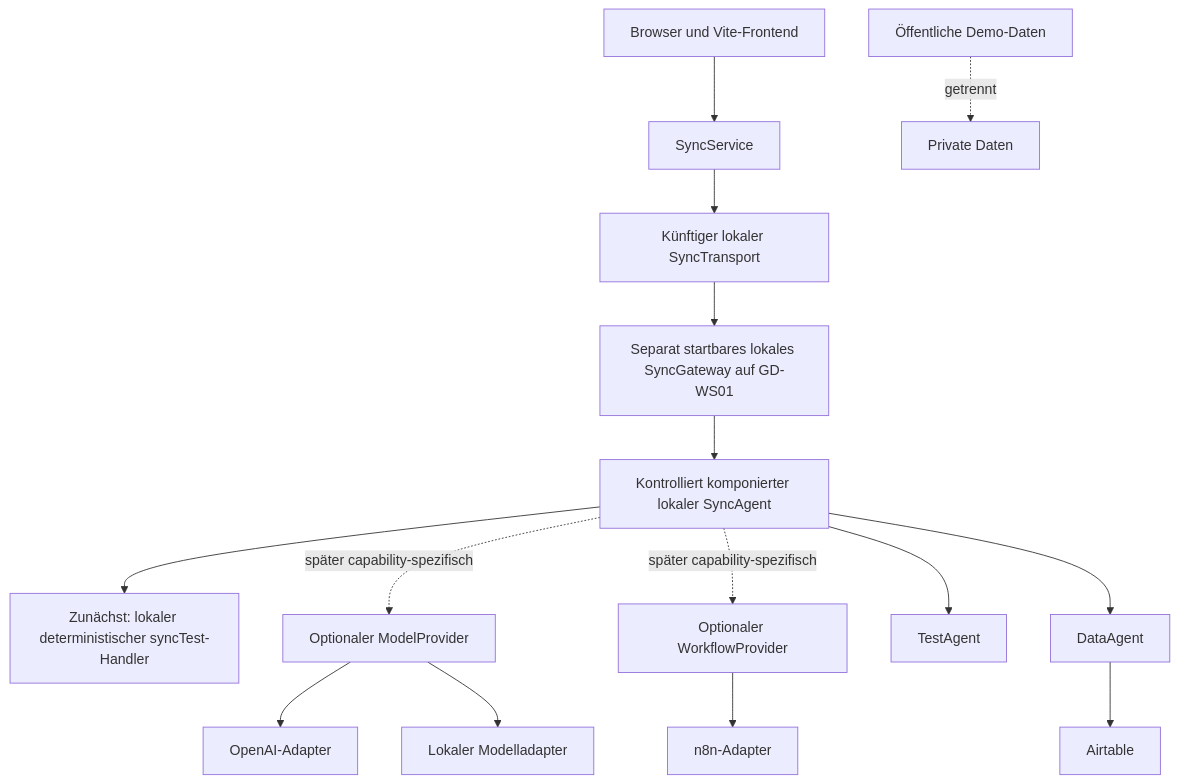
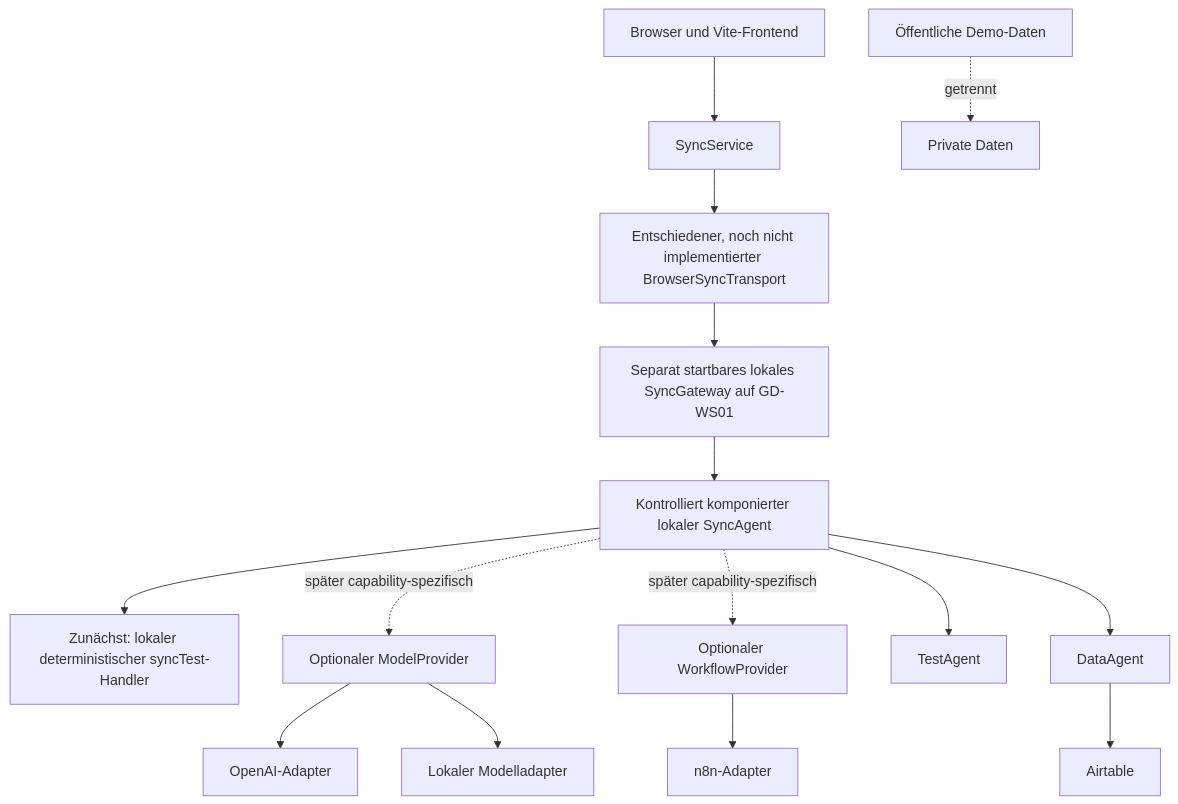
The diagram in docs/security.md (Varudan/goldendawn-os), drawn with Mermaid before and after one commit. The commit also changed other lines of this file and 8 other files, not shown here.

Commit message:
docs: adr-0026-browser-sync-transport-contract (#57)

````diff
--- a/docs/security.md
+++ b/docs/security.md
@@ -61,18 +61,18 @@
 ```mermaid
 flowchart TD
     Browser["Browser und Vite-Frontend"] --> Service["SyncService"]
-    Service --> Transport["Künftiger lokaler SyncTransport"]
+    Service --> Transport["Entschiedener, noch nicht implementierter BrowserSyncTransport"]
     Transport --> Gateway["Separat startbares lokales SyncGateway auf GD-WS01"]
     Gateway --> Sync["Kontrolliert komponierter lokaler SyncAgent"]
     Sync --> LocalHandler["Zunächst: lokaler deterministischer syncTest-Handler"]
     Sync -.->|später capability-spezifisch| ModelProvider["Optionaler ModelProvider"]
     ModelProvider --> OpenAI["OpenAI-Adapter"]
     ModelProvider --> LocalModel["Lokaler Modelladapter"]
     Sync -.->|später capability-spezifisch| WorkflowProvider["Optionaler WorkflowProvider"]
     WorkflowProvider --> N8n["n8n-Adapter"]
     Sync --> Test["TestAgent"]
     Sync --> Data["DataAgent"]
     Data --> Airtable["Airtable"]
 
     Public["Öffentliche Demo-Daten"] -. getrennt .-> Private["Private Daten"]
 ```
````
